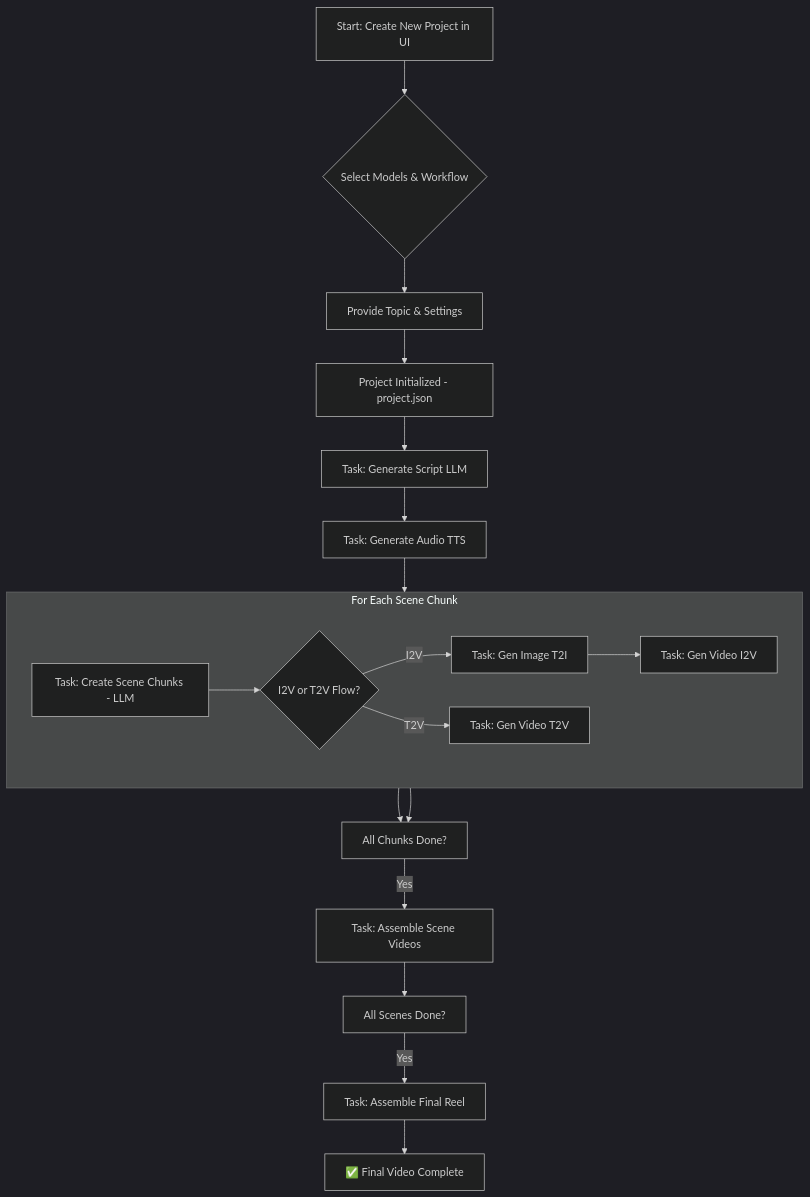
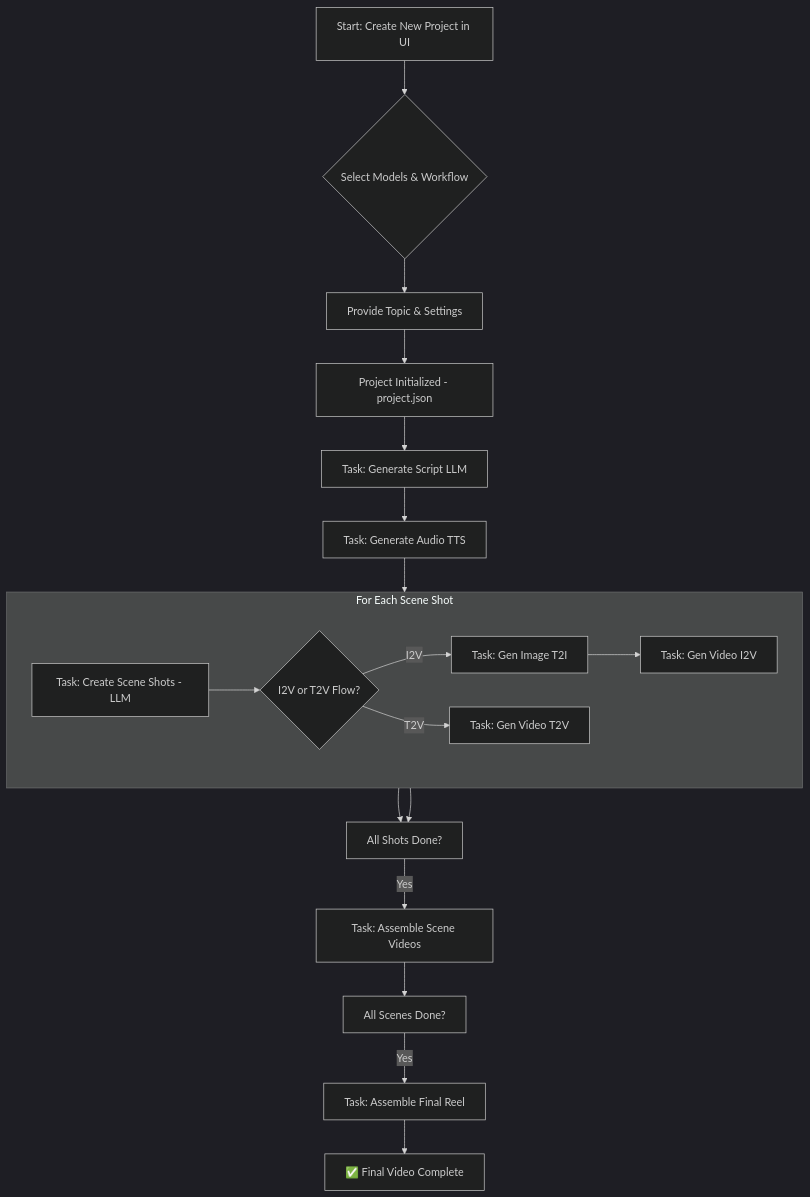
Before and after one commit to gowrav-vishwakarma/ai-video-generator-editor: the diagram in README.md, drawn with Mermaid (dark theme). The commit also changed other lines of this file and 19 other files, not shown here.

Commit message:
Renamed chunk(s) to shot(s)

````diff
--- a/README.md
+++ b/README.md
@@ -79,27 +79,27 @@
 ```mermaid
 graph TD
     A[Start: Create New Project in UI] --> B{Select Models & Workflow};
     B --> C[Provide Topic & Settings];
     C --> D[Project Initialized - project.json];
     D --> E[Task: Generate Script LLM];
     E --> F[Task: Generate Audio TTS];
-    F --> G[Task: Create Scene Chunks - LLM];
+    F --> G[Task: Create Scene Shots - LLM];
 
-    subgraph "For Each Scene Chunk"
+    subgraph "For Each Scene Shot"
         direction LR
         G --> H{I2V or T2V Flow?};
         H -- I2V --> I[Task: Gen Image T2I];
         I --> J[Task: Gen Video I2V];
         H -- T2V --> K[Task: Gen Video T2V];
     end
 
-    J --> L[All Chunks Done?];
+    J --> L[All Shots Done?];
     K --> L;
 
     L -- Yes --> M[Task: Assemble Scene Videos];
     M --> N[All Scenes Done?];
     N -- Yes --> O[Task: Assemble Final Reel];
     O --> P[✅ Final Video Complete];
 
 
 ```
````
